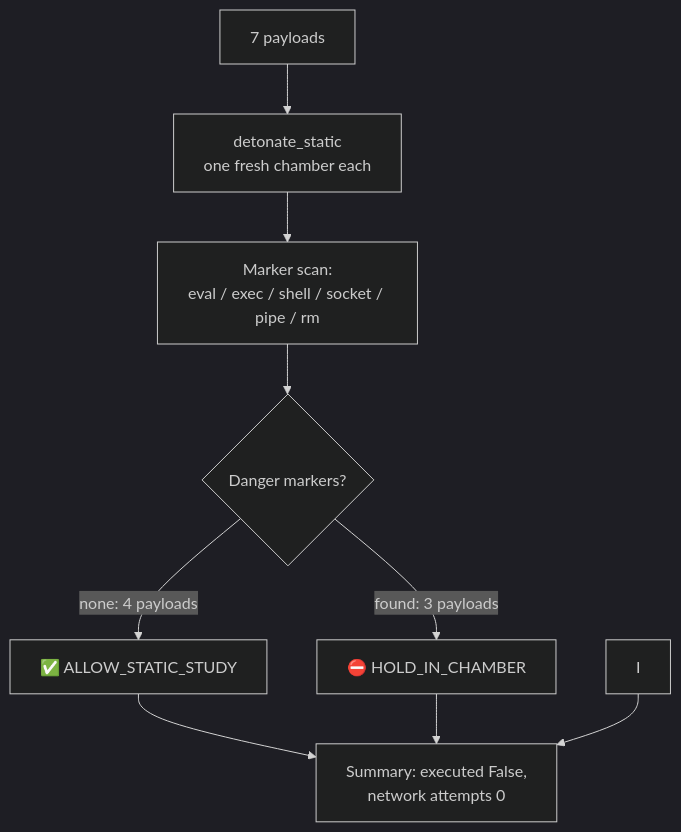
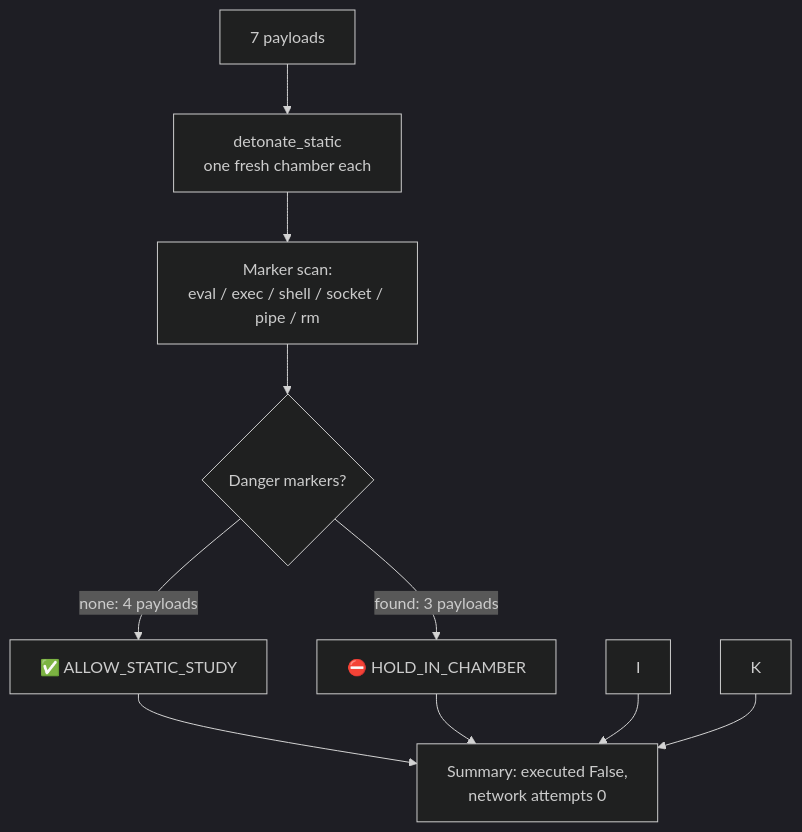
Diagram 11 of 16 in README.md (kimanicollier44-cmyk/Q6G-1TB), drawn with Mermaid (dark theme) before and after one commit. The commit also changed other lines of this file and 7 other files, not shown here.

````diff
--- a/README.md
+++ b/README.md
@@ -406,11 +416,12 @@
 ```mermaid
 flowchart TD
     A[7 payloads] --> B[detonate_static<br/>one fresh chamber each]
     B --> C[Marker scan:<br/>eval / exec / shell / socket / pipe / rm]
     C --> D{Danger markers?}
     D -->|none: 4 payloads| E[✅ ALLOW_STATIC_STUDY]
     D -->|found: 3 payloads| F[⛔ HOLD_IN_CHAMBER]
     E --> G[Summary: executed False,<br/>network attempts 0]
     F --> G
     I --> G
+    K --> G
 ```
````
